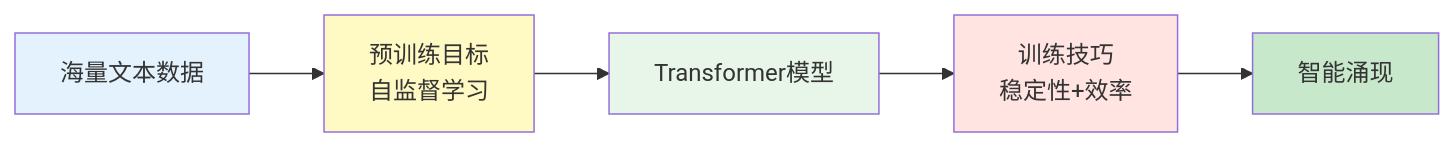
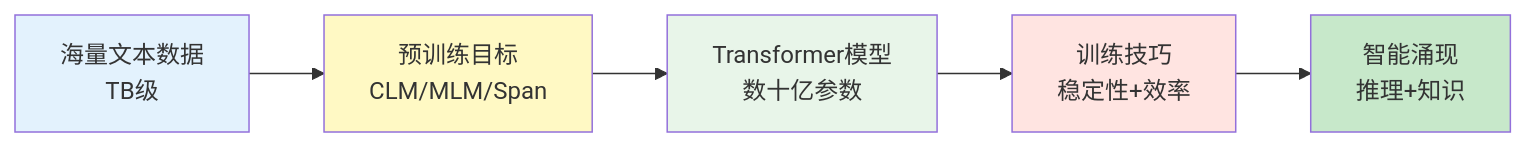
One commit to LordFoxFairy/NiKo-NoteBook changed the diagram in 大模型笔记/第二部分：Transformer架构揭秘/第3章_预训练的奥秘：从数据到智能.md. Above: the diagram before and after it, drawn with Mermaid. The commit also changed other lines of this file and 28 other files, not shown here.

````diff
--- a/大模型笔记/第二部分：Transformer架构揭秘/第3章_预训练的奥秘：从数据到智能.md
+++ b/大模型笔记/第二部分：Transformer架构揭秘/第3章_预训练的奥秘：从数据到智能.md
@@ -13,13 +44,13 @@
 ```mermaid
 graph LR
-    A[海量文本数据] --> B[预训练目标<br>自监督学习]
-    B --> C[Transformer模型]
+    A[海量文本数据<br>TB级] --> B[预训练目标<br>CLM/MLM/Span]
+    B --> C[Transformer模型<br>数十亿参数]
     C --> D[训练技巧<br>稳定性+效率]
-    D --> E[智能涌现]
+    D --> E[智能涌现<br>推理+知识]
 
     style A fill:#E3F2FD
     style B fill:#FFF9C4
     style C fill:#E8F5E9
     style D fill:#FFE4E1
     style E fill:#C7E8CA
 ```
````
